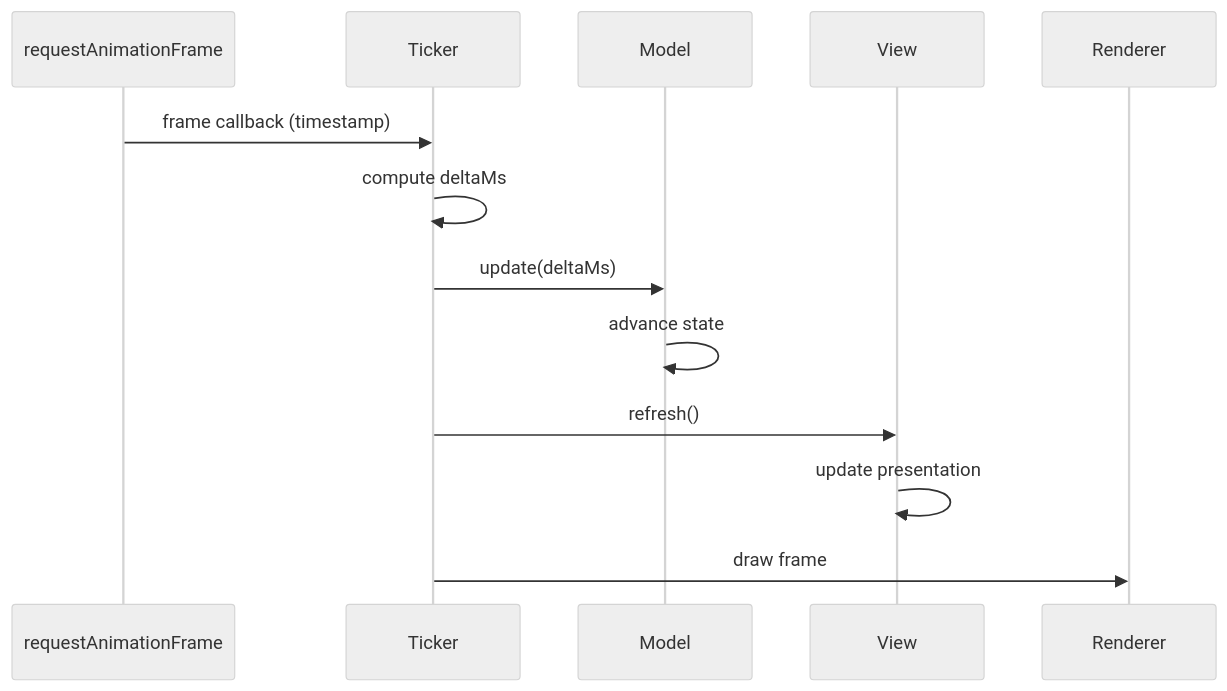
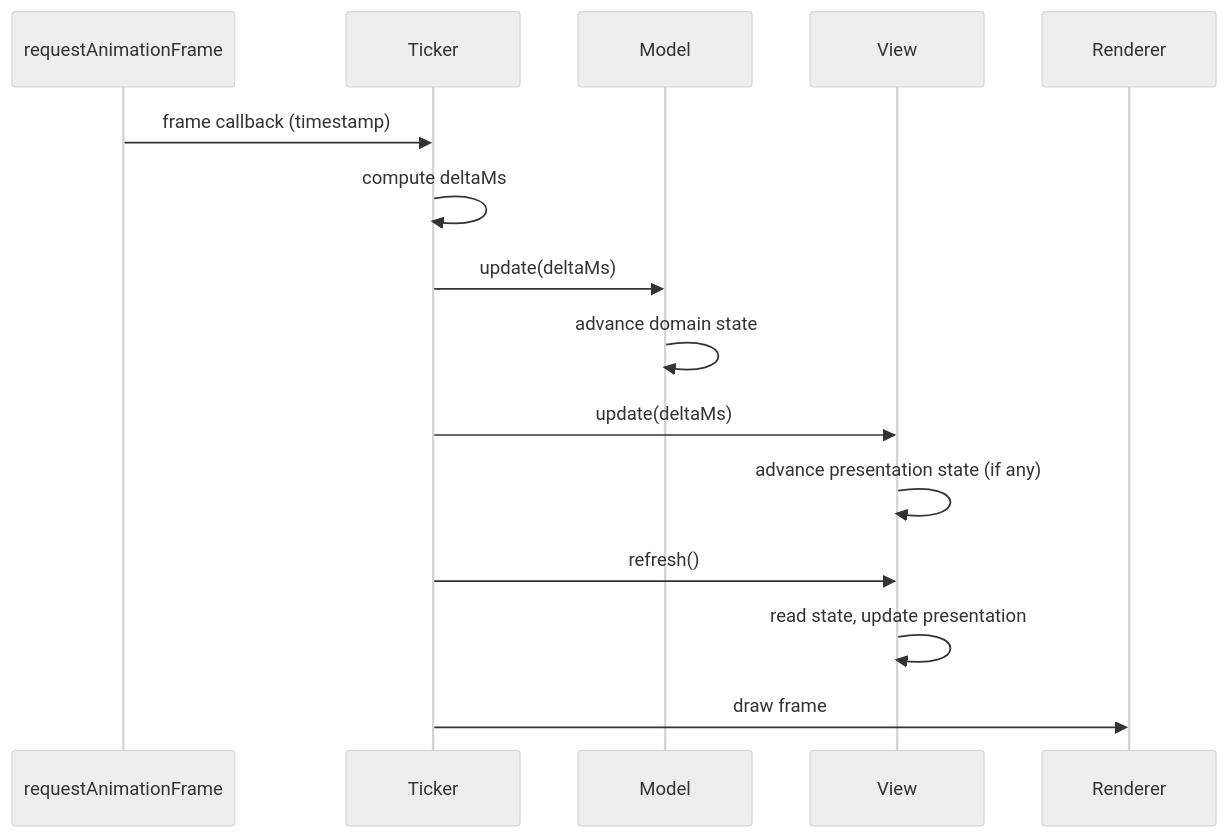
One commit to yortus/mvt-games changed the second of 2 diagrams in docs/learn/architecture-overview.md. Above: the diagram before and after it, drawn with Mermaid (neutral theme). The commit also changed other lines of this file and 32 other files, not shown here.

````diff
--- a/docs/learn/architecture-overview.md
+++ b/docs/learn/architecture-overview.md
@@ -47,16 +55,18 @@
 ```mermaid
 sequenceDiagram
     participant RAF as requestAnimationFrame
     participant Ticker
     participant Model
     participant View
     participant Renderer
 
     RAF->>Ticker: frame callback (timestamp)
     Ticker->>Ticker: compute deltaMs
     Ticker->>Model: update(deltaMs)
-    Model->>Model: advance state
+    Model->>Model: advance domain state
+    Ticker->>View: update(deltaMs)
+    View->>View: advance presentation state (if any)
     Ticker->>View: refresh()
-    View->>View: update presentation
+    View->>View: read state, update presentation
     Ticker->>Renderer: draw frame
 ```
````
